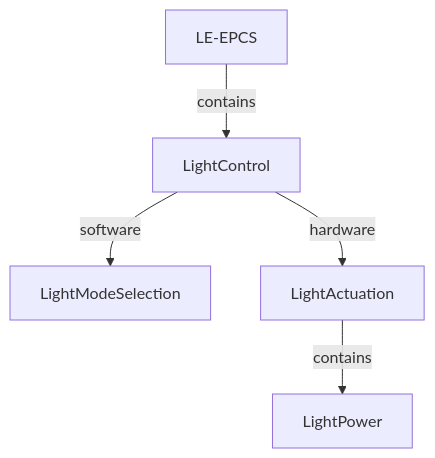
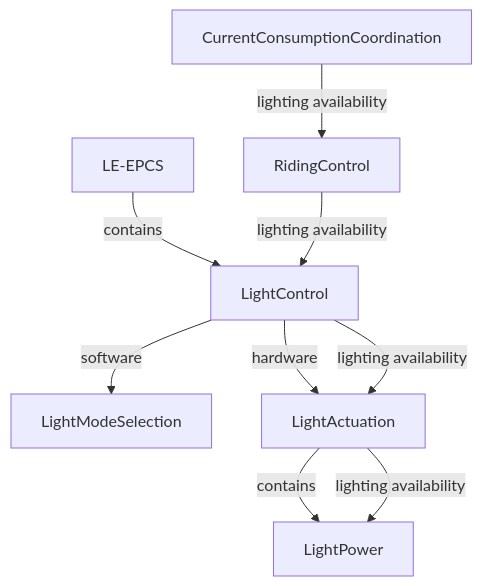
Before and after one commit to dhellhake/X2CityMCU: the diagram in .devenv/Architecture/SystemArchitecture/Modelling/LightControl/README.md, drawn with Mermaid. The commit also changed other lines of this file and 43 other files, not shown here.

````diff
--- a/.devenv/Architecture/SystemArchitecture/Modelling/LightControl/README.md
+++ b/.devenv/Architecture/SystemArchitecture/Modelling/LightControl/README.md
@@ -5,7 +5,11 @@
 ```mermaid
 flowchart TD
     EPCS[LE-EPCS] -->|contains| LC[LightControl]
     LC -->|software| S[LightModeSelection]
     LC -->|hardware| A[LightActuation]
     A -->|contains| P[LightPower]
+    CCC[CurrentConsumptionCoordination] -->|lighting availability| RC[RidingControl]
+    RC -->|lighting availability| LC
+    LC -->|lighting availability| A
+    A -->|lighting availability| P
 ```
````
